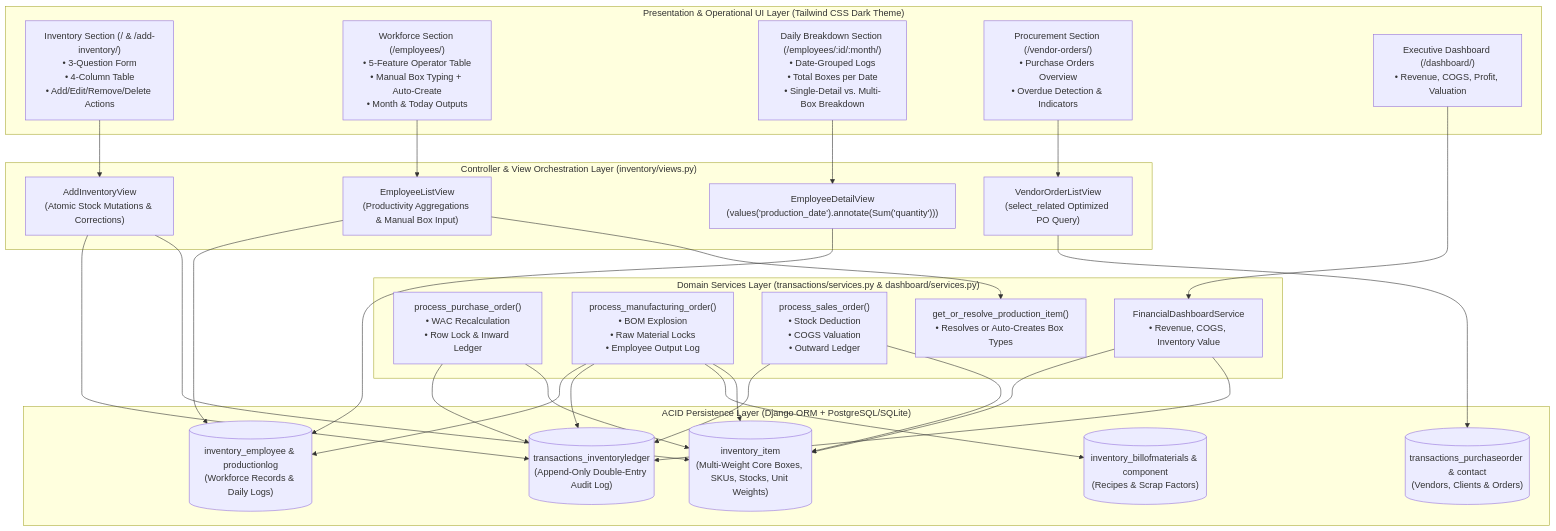
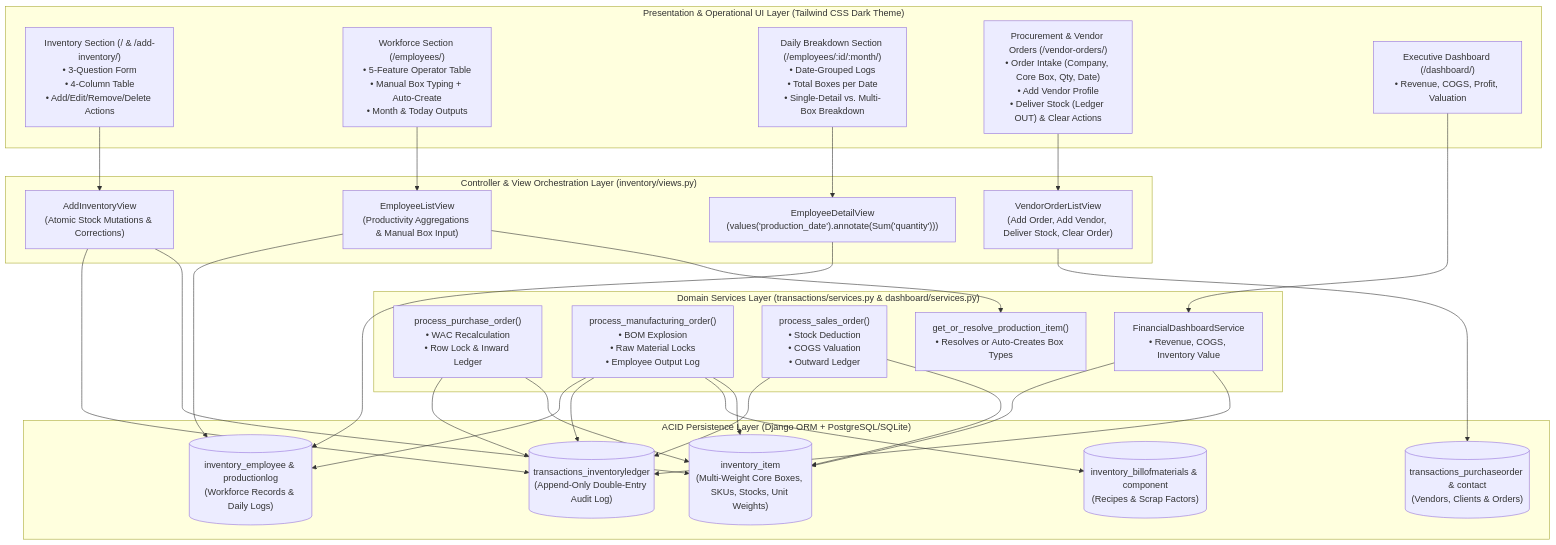
One commit to anaskhan7866/Global-IMS changed the diagram in ARCHITECTURE.md. Above: the diagram before and after it, drawn with Mermaid. The commit also changed other lines of this file and 3 other files, not shown here.

Commit message:
feat(vendor-orders): add company order intake, vendor registration, delivery stock deduction, and clear order actions

````diff
--- a/ARCHITECTURE.md
+++ b/ARCHITECTURE.md
@@ -73,57 +73,57 @@
 ```mermaid
 graph TD
     subgraph UI_Presentation["Presentation & Operational UI Layer (Tailwind CSS Dark Theme)"]
         UI_Inv["Inventory Section (/ & /add-inventory/)<br/>• 3-Question Form<br/>• 4-Column Table<br/>• Add/Edit/Remove/Delete Actions"]
         UI_Emp["Workforce Section (/employees/)<br/>• 5-Feature Operator Table<br/>• Manual Box Typing + Auto-Create<br/>• Month & Today Outputs"]
         UI_Log["Daily Breakdown Section (/employees/:id/:month/)<br/>• Date-Grouped Logs<br/>• Total Boxes per Date<br/>• Single-Detail vs. Multi-Box Breakdown"]
-        UI_Vend["Procurement Section (/vendor-orders/)<br/>• Purchase Orders Overview<br/>• Overdue Detection & Indicators"]
+        UI_Vend["Procurement & Vendor Orders (/vendor-orders/)<br/>• Order Intake (Company, Core Box, Qty, Date)<br/>• Add Vendor Profile<br/>• Deliver Stock (Ledger OUT) & Clear Actions"]
         UI_Dash["Executive Dashboard (/dashboard/)<br/>• Revenue, COGS, Profit, Valuation"]
     end
 
     subgraph Controller_Layer["Controller & View Orchestration Layer (inventory/views.py)"]
         V_AddInv["AddInventoryView<br/>(Atomic Stock Mutations & Corrections)"]
         V_EmpList["EmployeeListView<br/>(Productivity Aggregations & Manual Box Input)"]
         V_EmpDetail["EmployeeDetailView<br/>(values('production_date').annotate(Sum('quantity')))"]
-        V_POList["VendorOrderListView<br/>(select_related Optimized PO Query)"]
+        V_POList["VendorOrderListView<br/>(Add Order, Add Vendor, Deliver Stock, Clear Order)"]
     end
 
     subgraph Service_Domain["Domain Services Layer (transactions/services.py & dashboard/services.py)"]
         SVC_PO["process_purchase_order()<br/>• WAC Recalculation<br/>• Row Lock & Inward Ledger"]
         SVC_Mfg["process_manufacturing_order()<br/>• BOM Explosion<br/>• Raw Material Locks<br/>• Employee Output Log"]
         SVC_Sales["process_sales_order()<br/>• Stock Deduction<br/>• COGS Valuation<br/>• Outward Ledger"]
         SVC_Fin["FinancialDashboardService<br/>• Revenue, COGS, Inventory Value"]
         SVC_Res["get_or_resolve_production_item()<br/>• Resolves or Auto-Creates Box Types"]
     end
 
     subgraph Persistence_Layer["ACID Persistence Layer (Django ORM + PostgreSQL/SQLite)"]
         DB_Item[("inventory_item<br/>(Multi-Weight Core Boxes, SKUs, Stocks, Unit Weights)")]
         DB_BOM[("inventory_billofmaterials & component<br/>(Recipes & Scrap Factors)")]
         DB_Emp[("inventory_employee & productionlog<br/>(Workforce Records & Daily Logs)")]
         DB_Ledger[("transactions_inventoryledger<br/>(Append-Only Double-Entry Audit Log)")]
         DB_PO[("transactions_purchaseorder & contact<br/>(Vendors, Clients & Orders)")]
     end
 
     UI_Inv --> V_AddInv
     UI_Emp --> V_EmpList
     UI_Log --> V_EmpDetail
     UI_Vend --> V_POList
     UI_Dash --> SVC_Fin
 
     V_AddInv --> DB_Item
     V_AddInv --> DB_Ledger
     V_EmpList --> SVC_Res
     V_EmpList --> DB_Emp
     V_EmpDetail --> DB_Emp
     V_POList --> DB_PO
 
     SVC_PO --> DB_Item
     SVC_PO --> DB_Ledger
     SVC_Mfg --> DB_Item
     SVC_Mfg --> DB_BOM
     SVC_Mfg --> DB_Ledger
     SVC_Mfg --> DB_Emp
     SVC_Sales --> DB_Item
     SVC_Sales --> DB_Ledger
     SVC_Fin --> DB_Ledger
     SVC_Fin --> DB_Item
 ```
````
